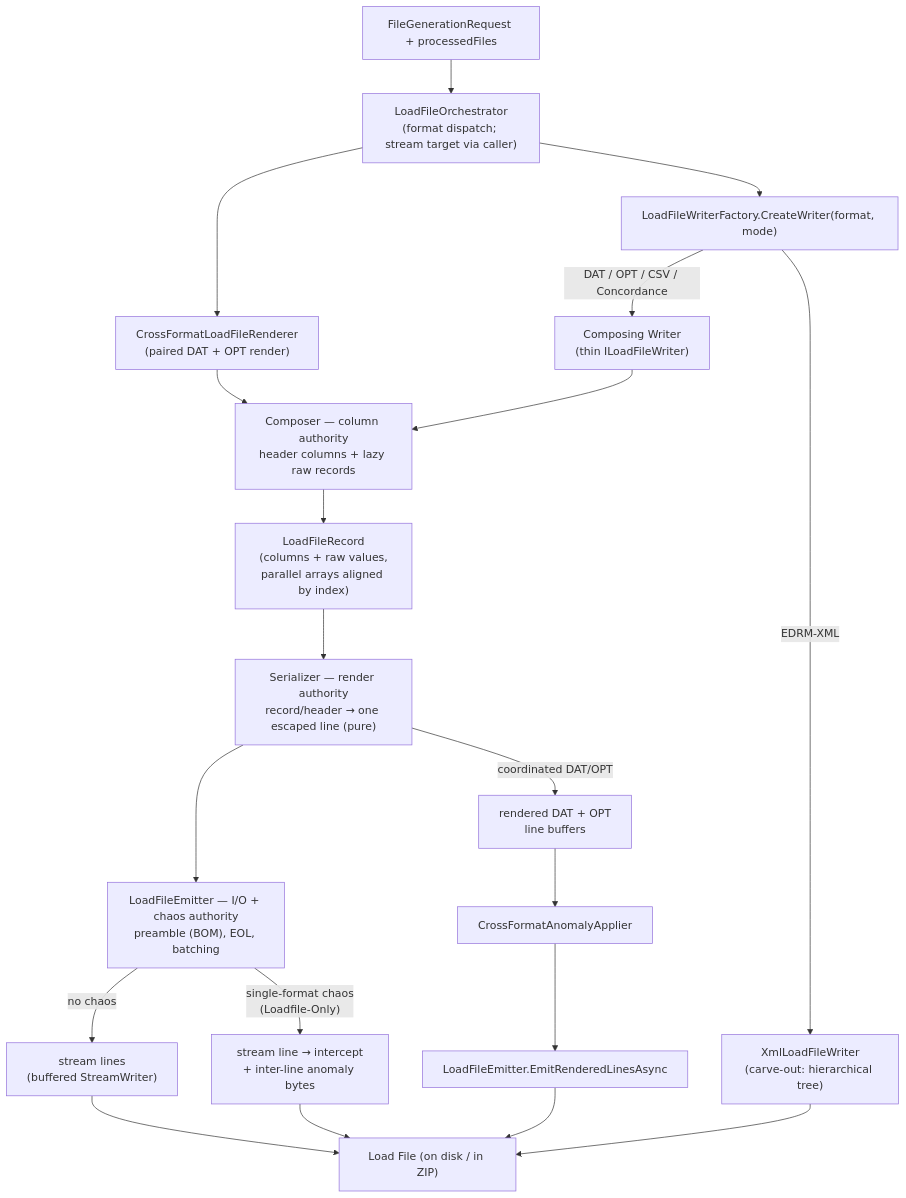
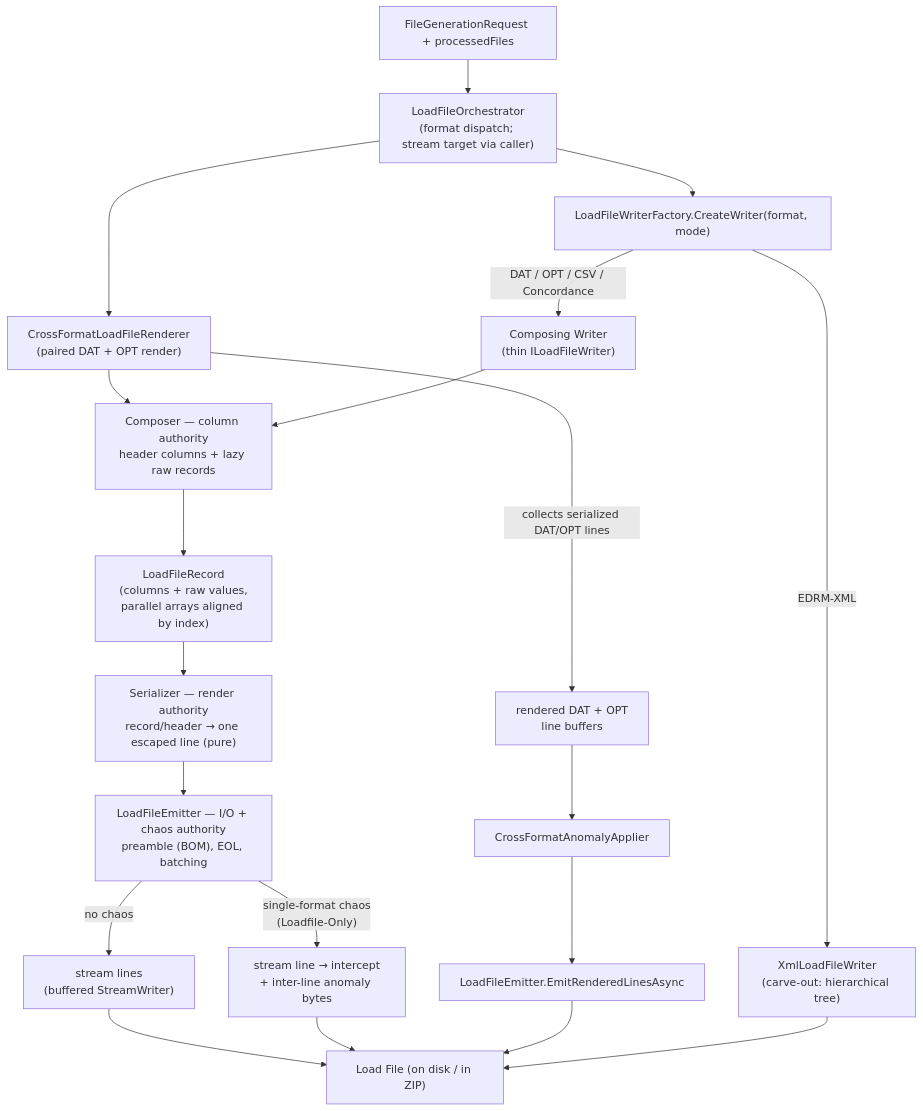
Before and after one commit to dwojtaszek/zipper: the third of 3 diagrams in docs/architecture.md, drawn with Mermaid. The commit also changed other lines of this file and 4 other files, not shown here.

````diff
--- a/docs/architecture.md
+++ b/docs/architecture.md
@@ -210,26 +211,26 @@
 ```mermaid
 graph TD
     Req["FileGenerationRequest + processedFiles"]
     Req --> LFO["LoadFileOrchestrator<br/>(format dispatch; stream target via caller)"]
     LFO --> CFR["CrossFormatLoadFileRenderer<br/>(paired DAT + OPT render)"]
     LFO --> Factory["LoadFileWriterFactory.CreateWriter(format, mode)"]
     Factory -->|"DAT / OPT / CSV / Concordance"| CW["Composing Writer<br/>(thin ILoadFileWriter)"]
     Factory -->|"EDRM-XML"| XML["XmlLoadFileWriter<br/>(carve-out: hierarchical tree)"]
 
     CFR --> Comp
     CW --> Comp["Composer — column authority<br/>header columns + lazy raw records"]
     Comp --> Rec["LoadFileRecord<br/>(columns + raw values,<br/>parallel arrays aligned by index)"]
     Rec --> Ser["Serializer — render authority<br/>record/header → one escaped line (pure)"]
     Ser --> Emit["LoadFileEmitter — I/O + chaos authority<br/>preamble (BOM), EOL, batching"]
 
     Emit -->|"no chaos"| Stream["stream lines<br/>(buffered StreamWriter)"]
     Emit -->|"single-format chaos<br/>(Loadfile-Only)"| ChaosP["stream line → intercept<br/>+ inter-line anomaly bytes"]
-    Ser -->|"coordinated DAT/OPT"| LineBuffers["rendered DAT + OPT<br/>line buffers"]
+    CFR -->|"collects serialized DAT/OPT lines"| LineBuffers["rendered DAT + OPT<br/>line buffers"]
     LineBuffers --> CrossApplier["CrossFormatAnomalyApplier"]
     CrossApplier --> ReEmit["LoadFileEmitter.EmitRenderedLinesAsync"]
 
     Stream --> Out["Load File (on disk / in ZIP)"]
     ChaosP --> Out
     ReEmit --> Out
     XML --> Out
 ```
````
